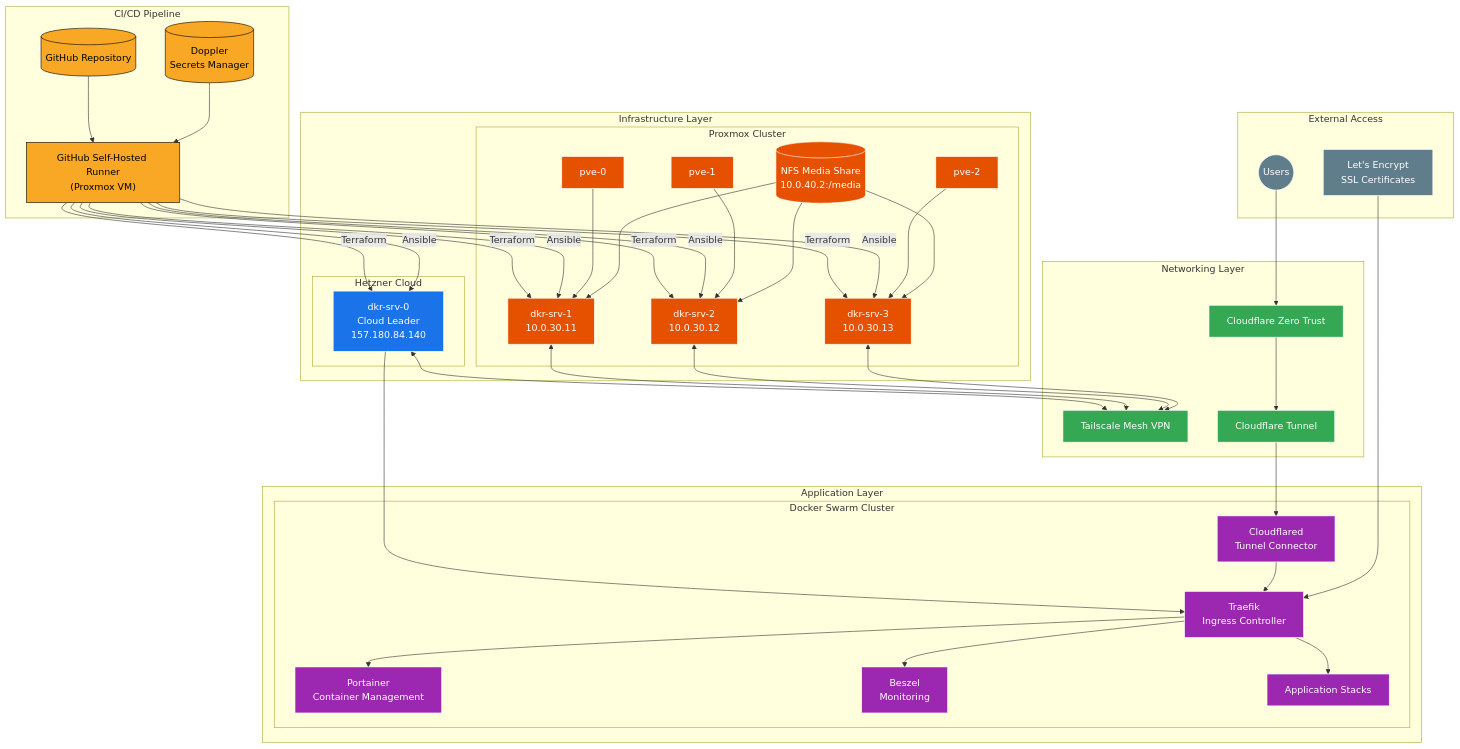
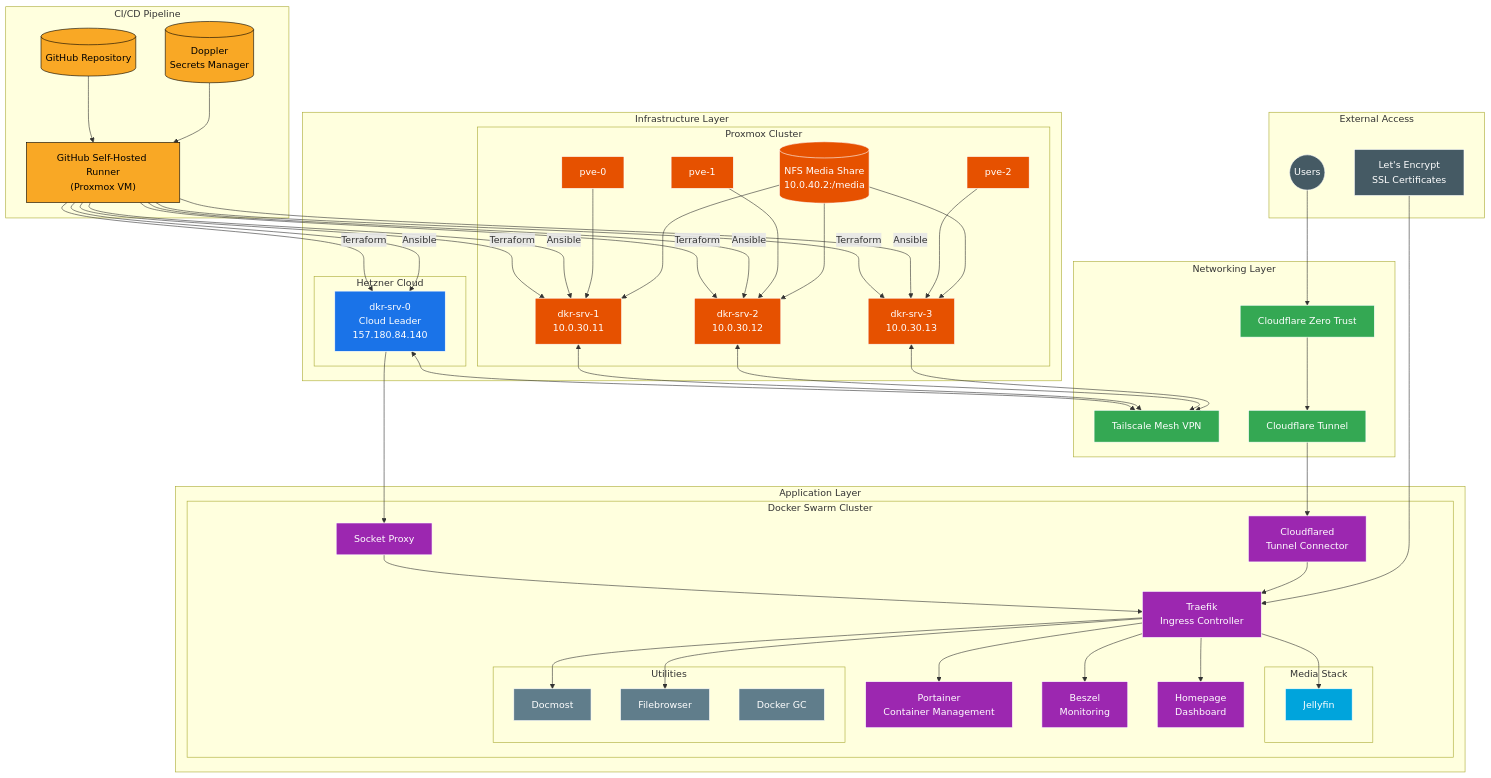
The first of 2 diagrams in README.md (fabricesemti80/project-dockerstack-mk2), drawn with Mermaid before and after one commit. The commit also changed other lines of this file and 15 other files, not shown here.

````diff
--- a/README.md
+++ b/README.md
@@ -36,11 +36,20 @@
 
     subgraph "Application Layer"
         subgraph "Docker Swarm Cluster"
+            SP["Socket Proxy"]
             TRF["Traefik<br/>Ingress Controller"]
             PTN["Portainer<br/>Container Management"]
             CFD["Cloudflared<br/>Tunnel Connector"]
             BZL["Beszel<br/>Monitoring"]
-            APP["Application Stacks"]
+            HP["Homepage<br/>Dashboard"]
+            subgraph "Media Stack"
+                JF["Jellyfin"]
+            end
+            subgraph "Utilities"
+                DM["Docmost"]
+                FM["Filebrowser"]
+                GC["Docker GC"]
+            end
         end
     end
 
@@ -69,10 +78,14 @@
     DKR2 <--> TS
     DKR3 <--> TS
     
-    DKR0 --> TRF
+    DKR0 --> SP
+    SP --> TRF
     TRF --> PTN
     TRF --> BZL
-    TRF --> APP
+    TRF --> HP
+    TRF --> JF
+    TRF --> DM
+    TRF --> FM
     CFD --> TRF
     
     CF --> CFD
@@ -88,13 +101,17 @@
     classDef proxmox fill:#e65100,stroke:#fff,color:#fff
     classDef network fill:#34a853,stroke:#fff,color:#fff
     classDef app fill:#9c27b0,stroke:#fff,color:#fff
-    classDef external fill:#607d8b,stroke:#fff,color:#fff
+    classDef media fill:#00a4dc,stroke:#fff,color:#fff
+    classDef util fill:#607d8b,stroke:#fff,color:#fff
+    classDef external fill:#455a64,stroke:#fff,color:#fff
     classDef cicd fill:#f9a825,stroke:#000,color:#000
 
     class DKR0 cloud
     class PVE0,PVE1,PVE2,DKR1,DKR2,DKR3,NFS proxmox
     class TS,CF,CFZ network
-    class TRF,PTN,CFD,BZL,APP app
+    class SP,TRF,PTN,CFD,BZL,HP app
+    class JF media
+    class DM,FM,GC util
     class USR,LE external
     class GH,GHR,DOP cicd
 ```
````
